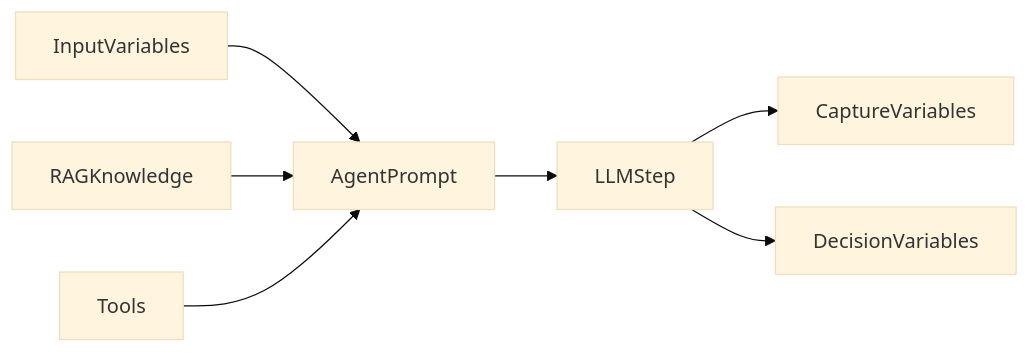
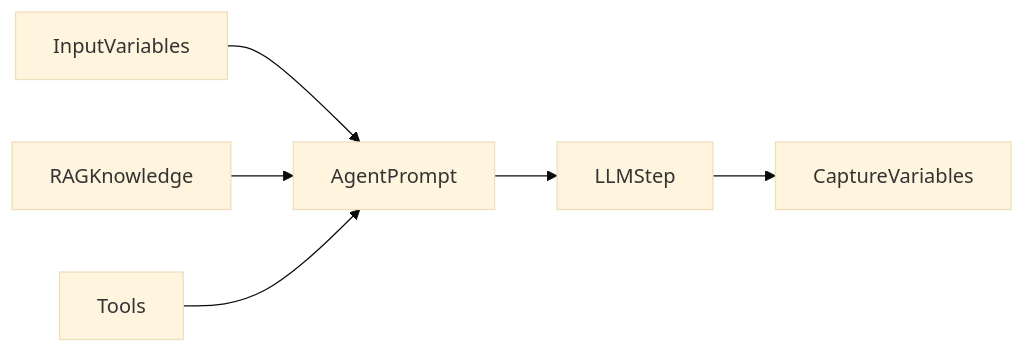
Before and after one commit to ashdeekonda/phinite-docs-c1: the diagram in graph-studio/agent-node.md, drawn with Mermaid (base theme). The commit also changed other lines of this file and 90 other files, not shown here.

First line of the commit message:
Update documentation for Graph Studio and tool integration

````diff
--- a/graph-studio/agent-node.md
+++ b/graph-studio/agent-node.md
@@ -41,17 +60,15 @@
 ```mermaid
 flowchart LR
   input[InputVariables]
   rag[RAGKnowledge]
   tools[Tools]
   prompt[AgentPrompt]
   llm[LLMStep]
   capture[CaptureVariables]
-  decision[DecisionVariables]
 
   input --> prompt
   rag --> prompt
   tools --> prompt
   prompt --> llm
   llm --> capture
-  llm --> decision
 ```
````
